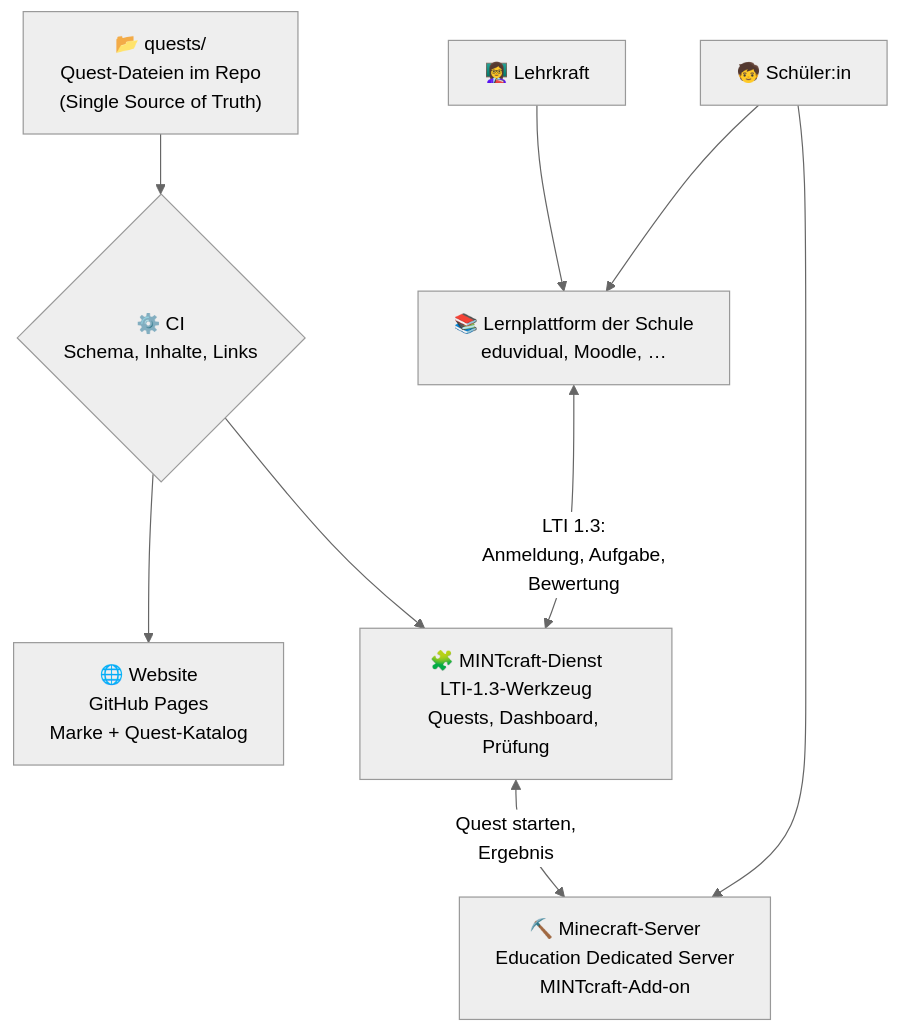
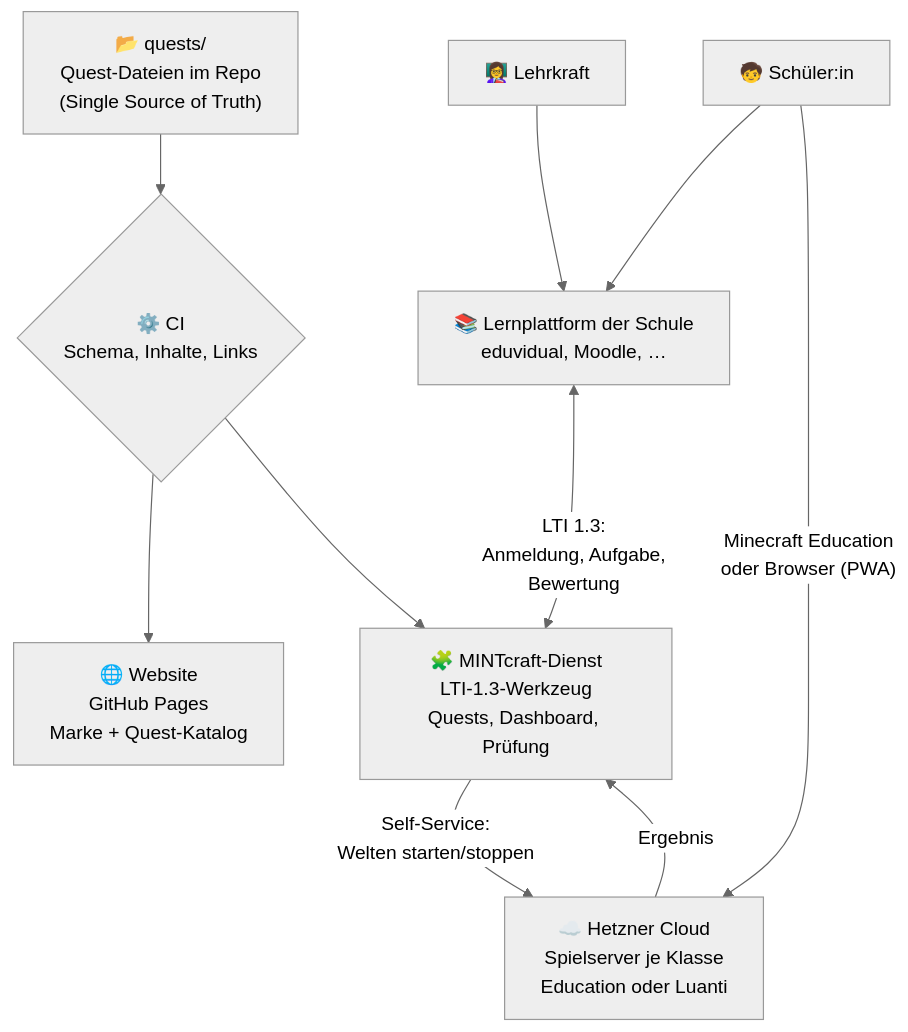
One commit to apachler/MINTforge changed the second of 6 diagrams in docs/konzept.md. Above: the diagram before and after it, drawn with Mermaid (neutral theme). The commit also changed other lines of this file and 3 other files, not shown here.

Commit message:
Konzept: Luanti-Web-Client als Prototyp und Self-Service-Backend auf Hetzner

````diff
--- a/docs/konzept.md
+++ b/docs/konzept.md
@@ -182,11 +185,12 @@
 ```mermaid
 flowchart TB
     Q["📂 quests/<br/>Quest-Dateien im Repo<br/>(Single Source of Truth)"] --> CI{"⚙️ CI<br/>Schema, Inhalte, Links"}
     CI --> W["🌐 Website<br/>GitHub Pages<br/>Marke + Quest-Katalog"]
     CI --> T["🧩 MINTcraft-Dienst<br/>LTI-1.3-Werkzeug<br/>Quests, Dashboard, Prüfung"]
     LMS["📚 Lernplattform der Schule<br/>eduvidual, Moodle, …"] <-- "LTI 1.3:<br/>Anmeldung, Aufgabe,<br/>Bewertung" --> T
-    T <-- "Quest starten,<br/>Ergebnis" --> S["⛏️ Minecraft-Server<br/>Education Dedicated Server<br/>MINTcraft-Add-on"]
+    T -- "Self-Service:<br/>Welten starten/stoppen" --> H["☁️ Hetzner Cloud<br/>Spielserver je Klasse<br/>Education oder Luanti"]
+    H -- "Ergebnis" --> T
     L["👩‍🏫 Lehrkraft"] --> LMS
     K["🧒 Schüler:in"] --> LMS
-    K --> S
+    K -- "Minecraft Education<br/>oder Browser (PWA)" --> H
 ```
````
